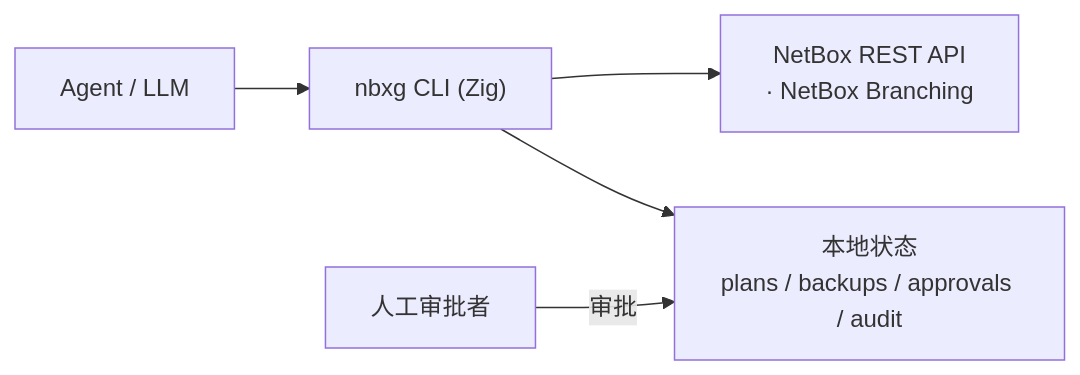
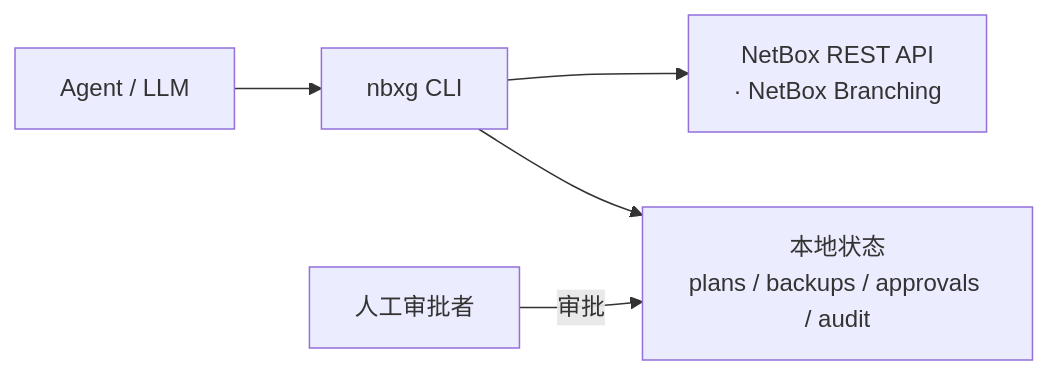
One commit to terateams/nbx-guard changed the diagram in README.md. Above: the diagram before and after it, drawn with Mermaid. The commit also changed other lines of this file and 19 other files, not shown here.

````diff
--- a/README.md
+++ b/README.md
@@ -17,7 +13,7 @@
 ```mermaid
 flowchart LR
-    Agent["Agent / LLM"] --> CLI["nbxg CLI (Zig)"]
+    Agent["Agent / LLM"] --> CLI["nbxg CLI"]
     CLI --> API["NetBox REST API<br/>· NetBox Branching"]
     CLI --> State["本地状态<br/>plans / backups / approvals / audit"]
     Approver["人工审批者"] -->|审批| State
 ```
````
